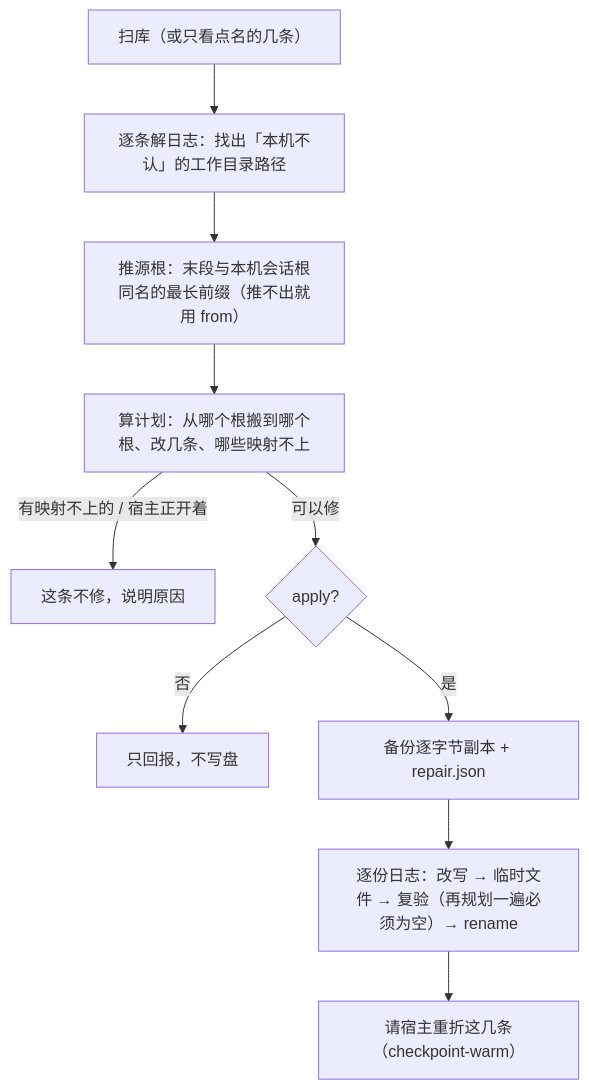
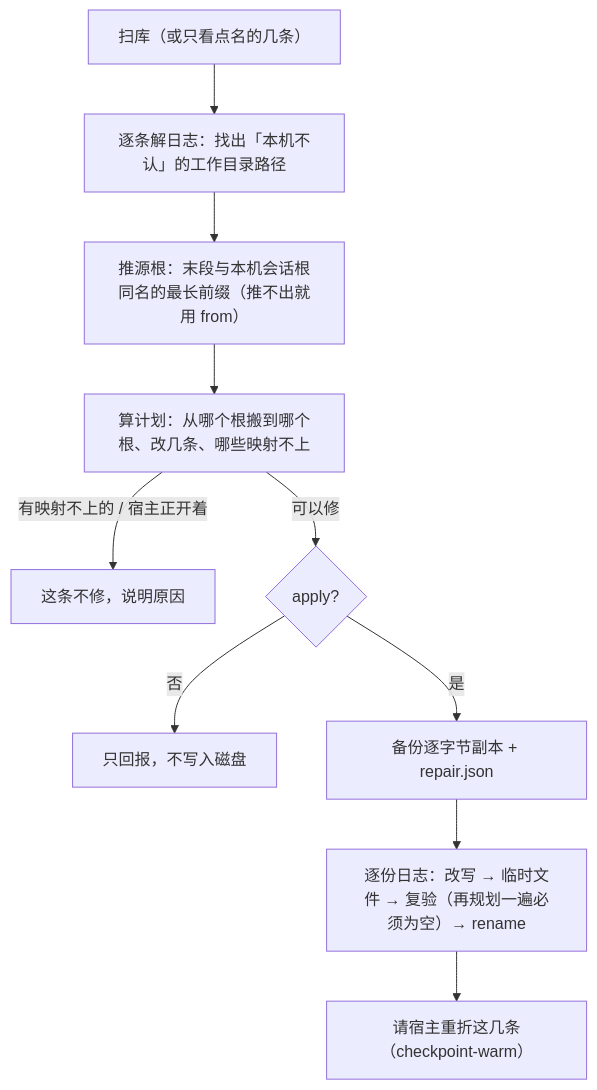
Before and after one commit to he0119/dsh-session-manager: the tenth of 10 diagrams in docs/flows.md, drawn with Mermaid. The commit also changed other lines of this file and 68 other files, not shown here.

````diff
--- a/docs/flows.md
+++ b/docs/flows.md
@@ -233,12 +233,12 @@
 ```mermaid
 flowchart TD
   A["扫库（或只看点名的几条）"] --> B["逐条解日志：找出「本机不认」的工作目录路径"]
   B --> C["推源根：末段与本机会话根同名的最长前缀（推不出就用 from）"]
   C --> D["算计划：从哪个根搬到哪个根、改几条、哪些映射不上"]
   D -->|"有映射不上的 / 宿主正开着"| E["这条不修，说明原因"]
   D -->|"可以修"| F{"apply?"}
-  F -->|"否"| G["只回报，不写盘"]
+  F -->|"否"| G["只回报，不写入磁盘"]
   F -->|"是"| H["备份逐字节副本 + repair.json"]
   H --> I["逐份日志：改写 → 临时文件 → 复验（再规划一遍必须为空）→ rename"]
   I --> J["请宿主重折这几条（checkpoint-warm）"]
 ```
````
